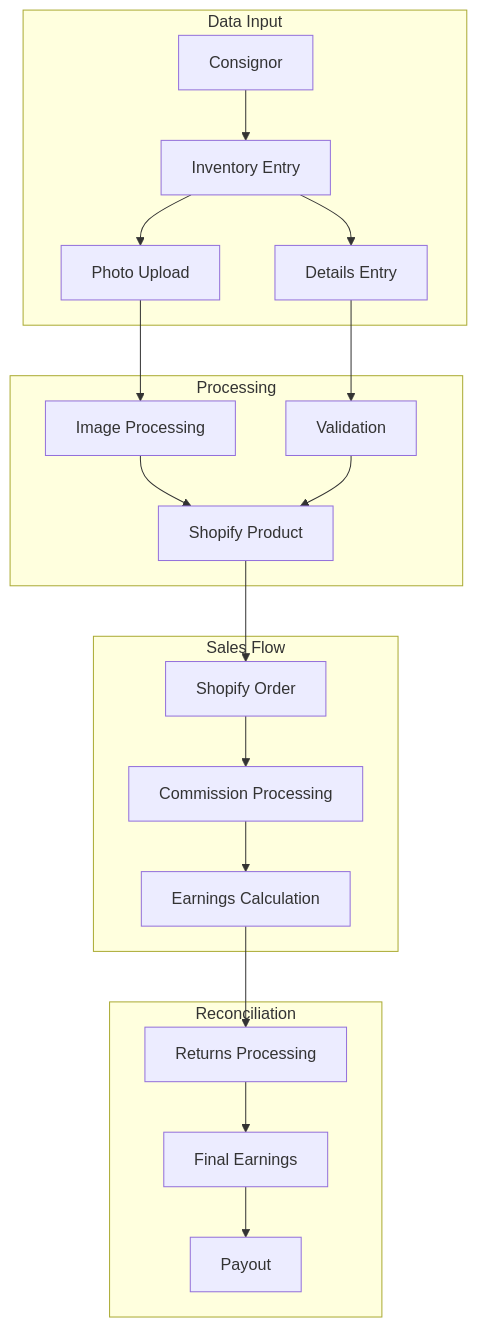
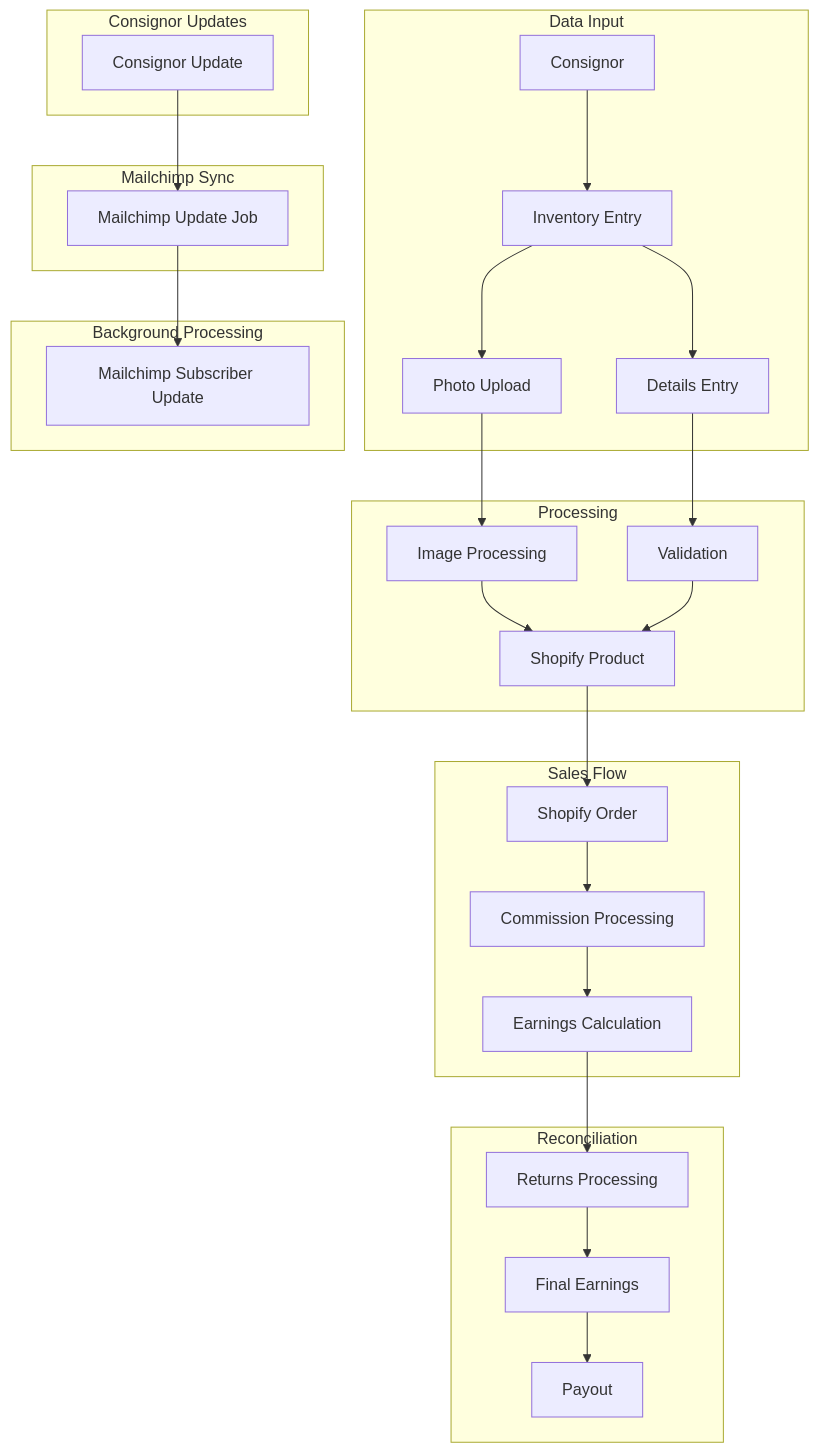
One commit to atEverychance/ProjectCR changed the diagram in docs/diagrams/flows/data-flow.mmd. Above: the diagram before and after it, drawn with Mermaid. The commit also changed 4 other files, not shown here.

```diff
--- a/docs/diagrams/flows/data-flow.mmd
+++ b/docs/diagrams/flows/data-flow.mmd
@@ -1,24 +1,36 @@
 graph TD
     subgraph "Data Input"
         C[Consignor] --> I[Inventory Entry]
         I --> P[Photo Upload]
         I --> D[Details Entry]
     end
     
     subgraph "Processing"
         P --> IP[Image Processing]
         D --> VP[Validation]
         IP & VP --> SP[Shopify Product]
     end
     
     subgraph "Sales Flow"
         SP --> SO[Shopify Order]
         SO --> CP[Commission Processing]
         CP --> EP[Earnings Calculation]
     end
     
     subgraph "Reconciliation"
         EP --> R[Returns Processing]
         R --> F[Final Earnings]
         F --> PO[Payout]
     end
+    
+    subgraph "Consignor Updates"
+        CU[Consignor Update]
+    end
+
+    subgraph "Mailchimp Sync"
+        CU --> MU[Mailchimp Update Job]
+    end
+
+    subgraph "Background Processing"
+        MU --> MS[Mailchimp Subscriber Update]
+    end
```
